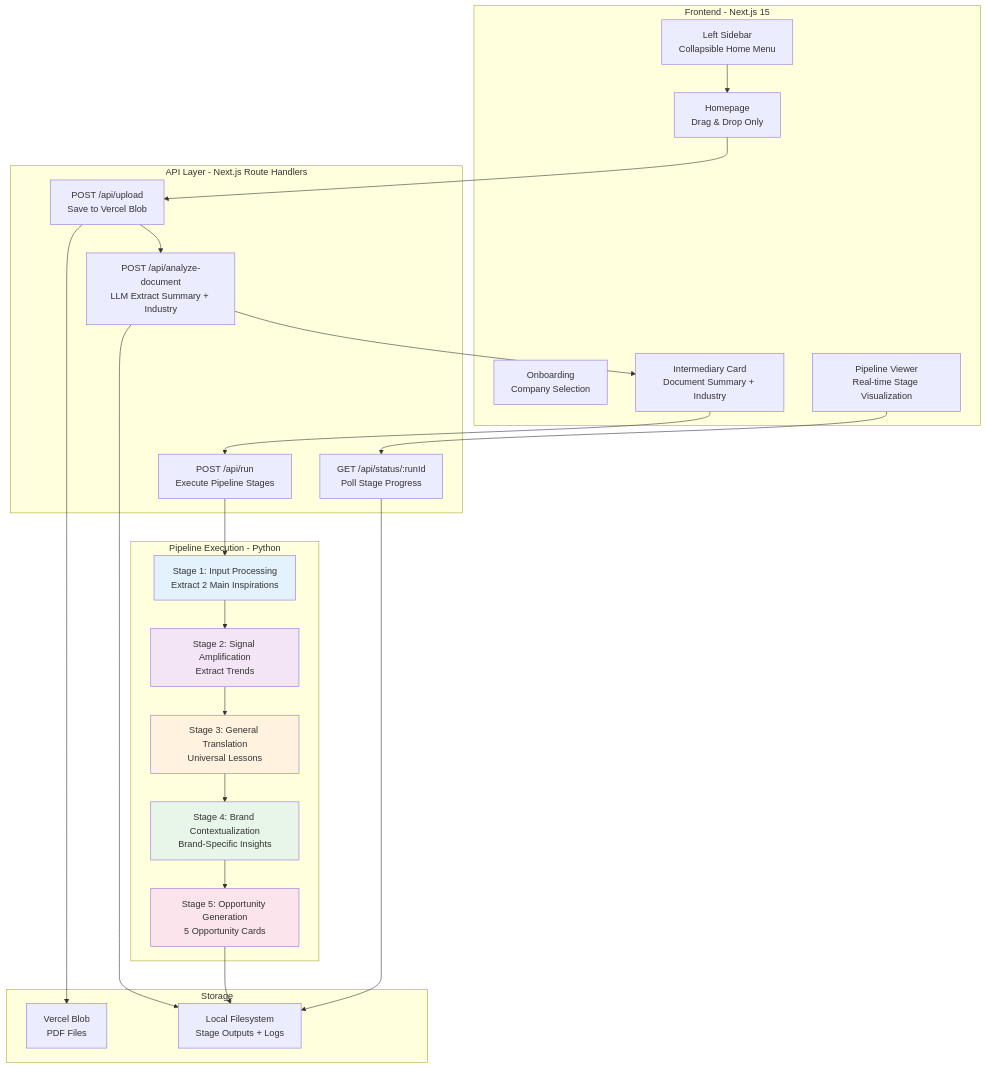
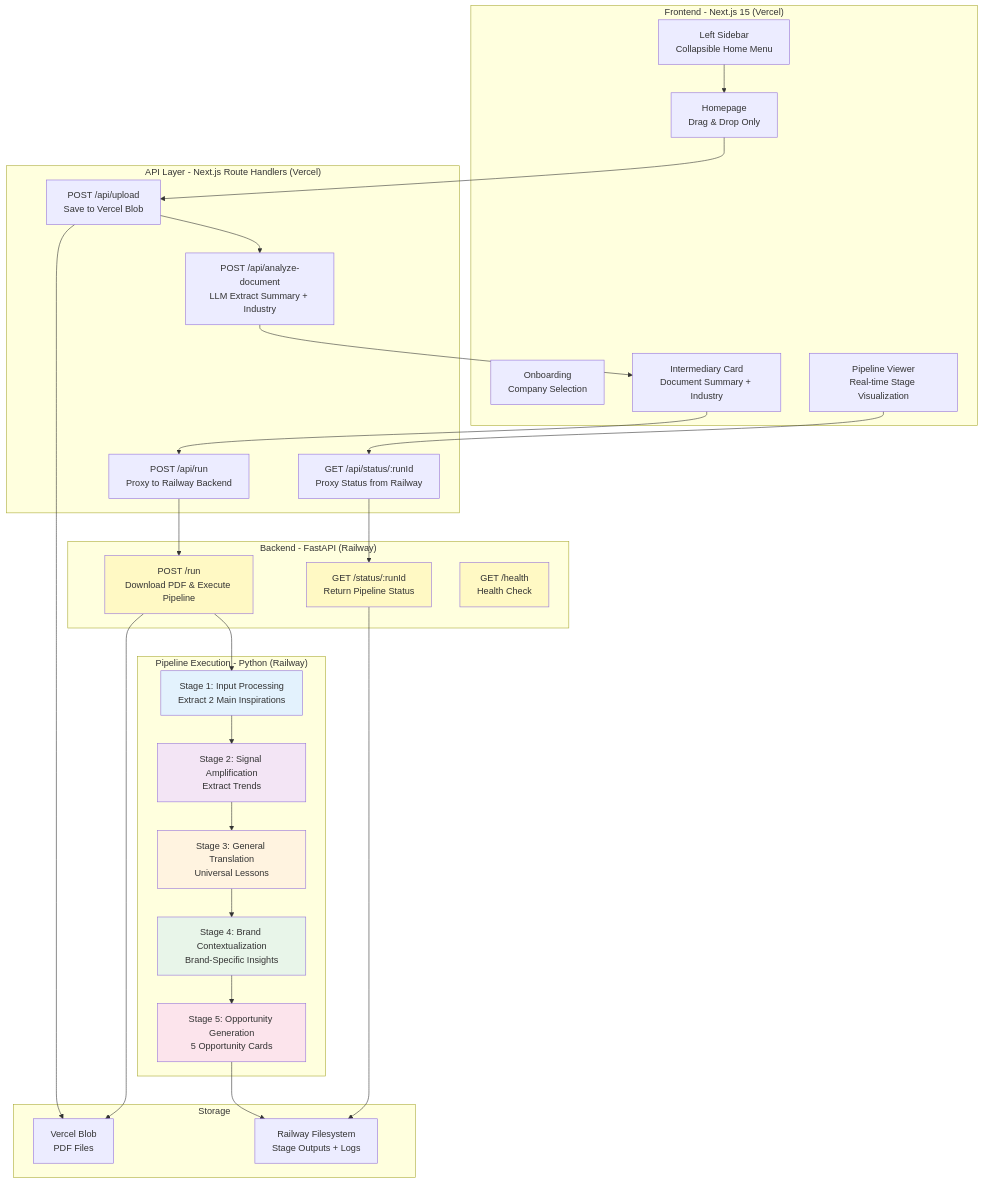
Before and after one commit to philbeliveau/innovation-intelligence-system: the diagram in docs/architecture/2-architecture-overview.md, drawn with Mermaid. The commit also changed other lines of this file and 33 other files, not shown here.

First line of the commit message:
feat(backend): implement FastAPI backend structure (Story 5.1)

````diff
--- a/docs/architecture/2-architecture-overview.md
+++ b/docs/architecture/2-architecture-overview.md
@@ -5,54 +5,64 @@
 ```mermaid
 graph TB
-    subgraph "Frontend - Next.js 15"
+    subgraph "Frontend - Next.js 15 (Vercel)"
         A0[Onboarding<br/>Company Selection]
         A[Homepage<br/>Drag & Drop Only]
         A1[Intermediary Card<br/>Document Summary + Industry]
         B[Pipeline Viewer<br/>Real-time Stage Visualization]
         C[Left Sidebar<br/>Collapsible Home Menu]
     end
 
-    subgraph "API Layer - Next.js Route Handlers"
+    subgraph "API Layer - Next.js Route Handlers (Vercel)"
         D[POST /api/upload<br/>Save to Vercel Blob]
         D1[POST /api/analyze-document<br/>LLM Extract Summary + Industry]
-        E[POST /api/run<br/>Execute Pipeline Stages]
-        F[GET /api/status/:runId<br/>Poll Stage Progress]
+        E[POST /api/run<br/>Proxy to Railway Backend]
+        F[GET /api/status/:runId<br/>Proxy Status from Railway]
     end
 
-    subgraph "Pipeline Execution - Python"
+    subgraph "Backend - FastAPI (Railway)"
+        R1[POST /run<br/>Download PDF & Execute Pipeline]
+        R2[GET /status/:runId<br/>Return Pipeline Status]
+        R3[GET /health<br/>Health Check]
+    end
+
+    subgraph "Pipeline Execution - Python (Railway)"
         G1[Stage 1: Input Processing<br/>Extract 2 Main Inspirations]
         G2[Stage 2: Signal Amplification<br/>Extract Trends]
         G3[Stage 3: General Translation<br/>Universal Lessons]
         G4[Stage 4: Brand Contextualization<br/>Brand-Specific Insights]
         G5[Stage 5: Opportunity Generation<br/>5 Opportunity Cards]
     end
 
     subgraph "Storage"
         H[Vercel Blob<br/>PDF Files]
-        I[Local Filesystem<br/>Stage Outputs + Logs]
+        I[Railway Filesystem<br/>Stage Outputs + Logs]
     end
 
     A --> D
     D --> D1
     D1 --> A1
     A1 --> E
     B --> F
     C --> A
 
     D --> H
-    D1 --> I
-    E --> G1
+    E --> R1
+    F --> R2
+    R1 --> H
+    R1 --> G1
     G1 --> G2
     G2 --> G3
     G3 --> G4
     G4 --> G5
     G5 --> I
-
-    F --> I
+    R2 --> I
 
     style G1 fill:#e3f2fd
     style G2 fill:#f3e5f5
     style G3 fill:#fff3e0
     style G4 fill:#e8f5e9
     style G5 fill:#fce4ec
+    style R1 fill:#fff9c4
+    style R2 fill:#fff9c4
+    style R3 fill:#fff9c4
 ```
````
